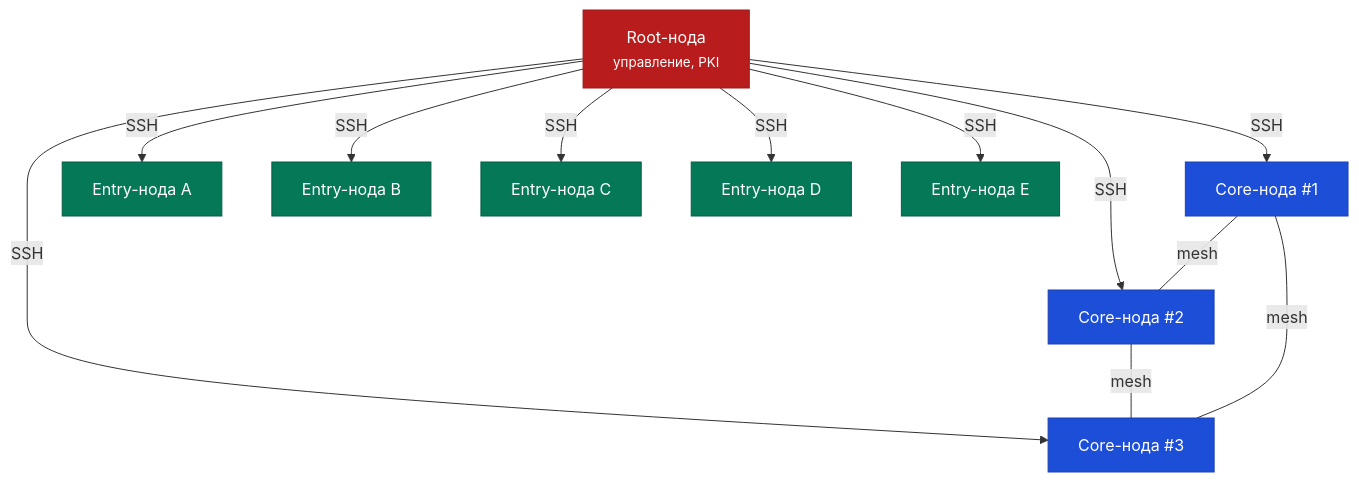
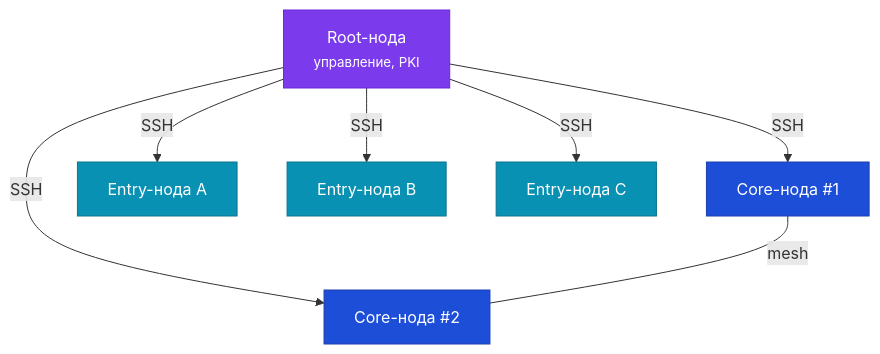
Before and after one commit to SigilGate/SigilGate.github.io: the first of 5 diagrams in content/docs/_index.md, drawn with Mermaid. The commit also changed other lines of this file and 3 other files, not shown here.

First line of the commit message:
Обновить документацию: цветовая схема, плоская структура файлов

```diff
--- a/content/docs/_index.md
+++ b/content/docs/_index.md
@@ -40,37 +40,26 @@
 {{< mermaid >}}
 graph TD
     Root["Root-нода<br/><small>управление, PKI</small>"]
 
     Core1["Core-нода #1"]
     Core2["Core-нода #2"]
-    Core3["Core-нода #3"]
 
     Entry1["Entry-нода A"]
     Entry2["Entry-нода B"]
     Entry3["Entry-нода C"]
-    Entry4["Entry-нода D"]
-    Entry5["Entry-нода E"]
 
     Root -->|SSH| Core1
     Root -->|SSH| Core2
-    Root -->|SSH| Core3
     Root -->|SSH| Entry1
     Root -->|SSH| Entry2
     Root -->|SSH| Entry3
-    Root -->|SSH| Entry4
-    Root -->|SSH| Entry5
 
     Core1 ---|"mesh"| Core2
-    Core2 ---|"mesh"| Core3
-    Core1 ---|"mesh"| Core3
 
-    style Root fill:#b91c1c,color:#fff,stroke:#991b1b
+    style Root fill:#7c3aed,color:#fff,stroke:#6d28d9
     style Core1 fill:#1d4ed8,color:#fff,stroke:#1e40af
     style Core2 fill:#1d4ed8,color:#fff,stroke:#1e40af
-    style Core3 fill:#1d4ed8,color:#fff,stroke:#1e40af
-    style Entry1 fill:#047857,color:#fff,stroke:#065f46
-    style Entry2 fill:#047857,color:#fff,stroke:#065f46
-    style Entry3 fill:#047857,color:#fff,stroke:#065f46
-    style Entry4 fill:#047857,color:#fff,stroke:#065f46
-    style Entry5 fill:#047857,color:#fff,stroke:#065f46
+    style Entry1 fill:#0891b2,color:#fff,stroke:#0e7490
+    style Entry2 fill:#0891b2,color:#fff,stroke:#0e7490
+    style Entry3 fill:#0891b2,color:#fff,stroke:#0e7490
 {{< /mermaid >}}
```
